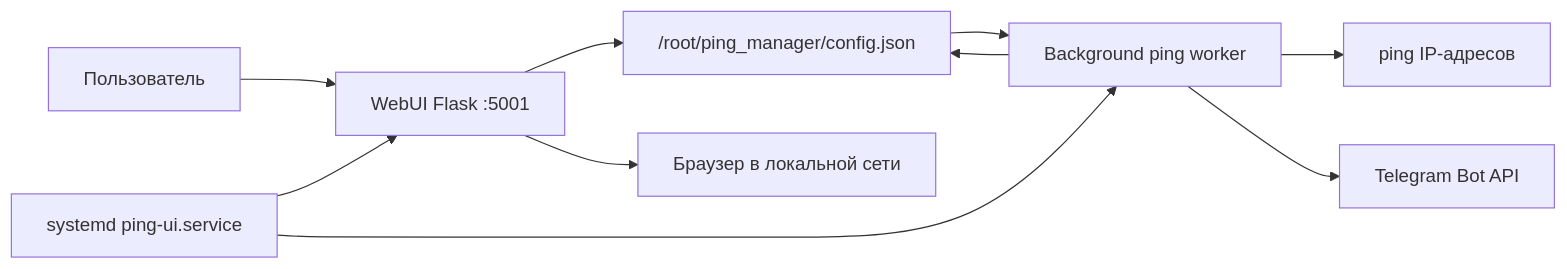
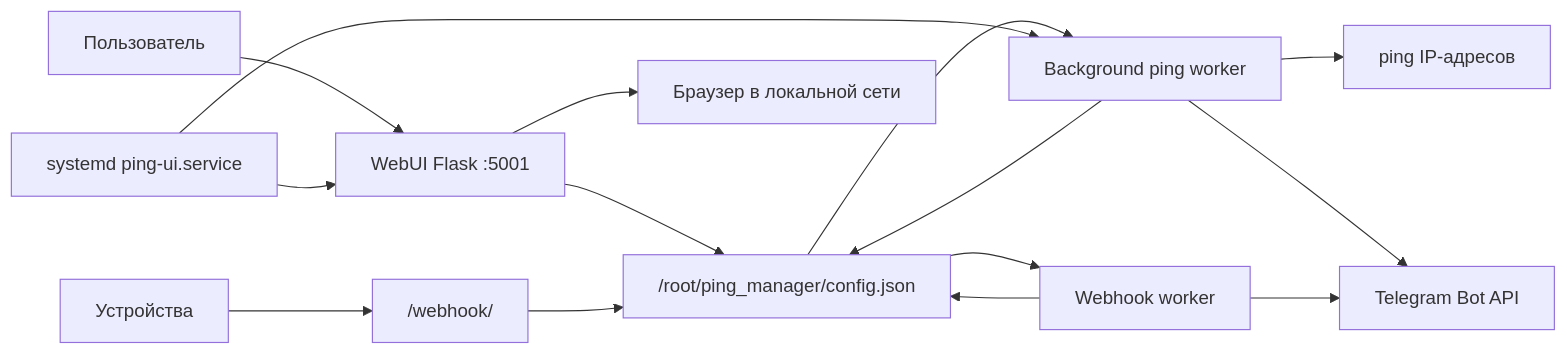
One commit to niiv0832/ping_manager changed the diagram in README.md. Above: the diagram before and after it, drawn with Mermaid. The commit also changed other lines of this file and 6 other files, not shown here.

````diff
--- a/README.md
+++ b/README.md
@@ -46,12 +51,17 @@
 ```mermaid
 flowchart LR
     U["Пользователь"] --> W["WebUI Flask :5001"]
     W --> C["/root/ping_manager/config.json"]
     P["Background ping worker"] --> C
+    R["Webhook worker"] --> C
     P --> H["ping IP-адресов"]
+    D["Устройства"] --> E["/webhook/<token>"]
+    E --> C
     P --> T["Telegram Bot API"]
+    R --> T
     C --> P
+    C --> R
     W --> B["Браузер в локальной сети"]
     S["systemd ping-ui.service"] --> W
     S --> P
 ```
````
